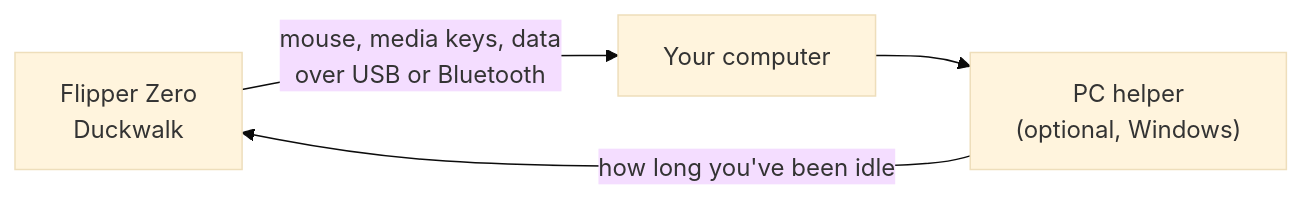
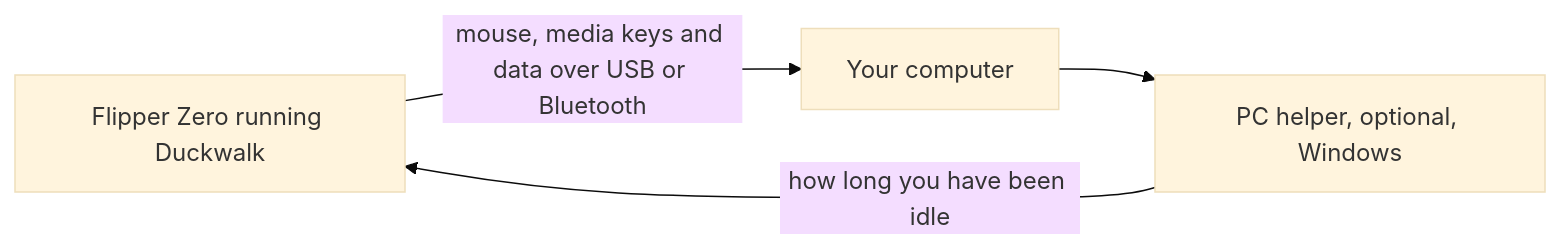
One commit to arudaev/duckwalk changed the diagram in README.md. Above: the diagram before and after it, drawn with Mermaid (base theme).

Commit message:
docs: Simpler Mermaid syntax for the README diagram

````diff
--- a/README.md
+++ b/README.md
@@ -118,6 +118,6 @@
 ```mermaid
 flowchart LR
-    F["Flipper Zero<br>Duckwalk"] -- "mouse, media keys, data<br>over USB or Bluetooth" --> PC["Your computer"]
-    PC --> H["PC helper<br>(optional, Windows)"]
-    H -- "how long you've been idle" --> F
+    F[Flipper Zero running Duckwalk] -->|mouse, media keys and data over USB or Bluetooth| PC[Your computer]
+    PC --> H[PC helper, optional, Windows]
+    H -->|how long you have been idle| F
 ```
````
